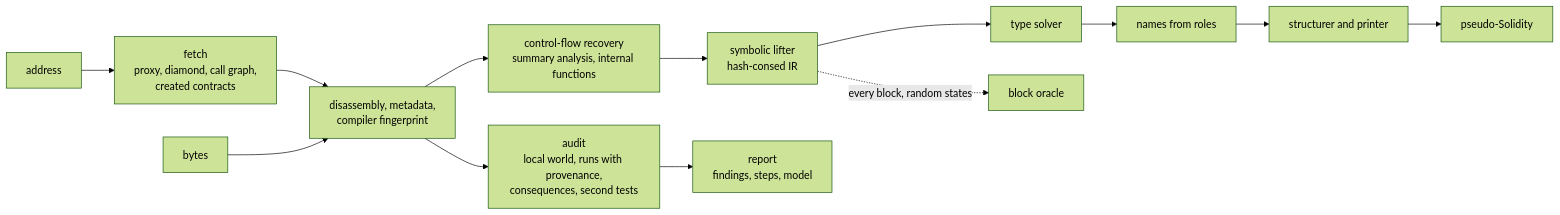
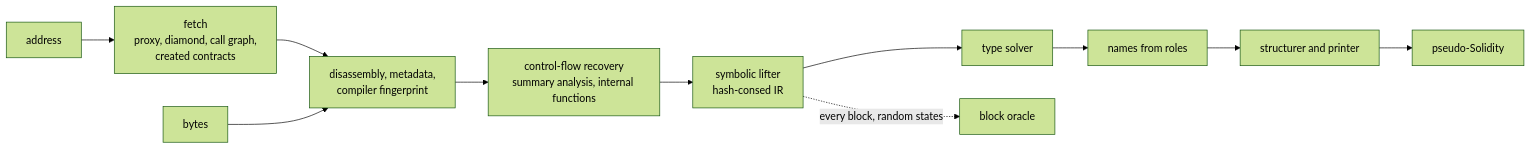
One commit to rink3y/Evmdec changed the first of 2 diagrams in README.md. Above: the diagram before and after it, drawn with Mermaid (forest theme). The commit also changed other lines of this file and 924 other files, not shown here.

````diff
--- a/README.md
+++ b/README.md
@@ -18,15 +20,13 @@
 ```mermaid
 flowchart LR
     A0[address] --> A1[fetch<br/>proxy, diamond, call graph,<br/>created contracts]
     A1 --> B
     A[bytes] --> B[disassembly, metadata,<br/>compiler fingerprint]
     B --> C[control-flow recovery<br/>summary analysis, internal functions]
     C --> D[symbolic lifter<br/>hash-consed IR]
     D --> E[type solver]
     E --> N[names from roles]
     N --> F[structurer and printer]
     F --> G[pseudo-Solidity]
-    B --> H[audit<br/>local world, runs with provenance,<br/>consequences, second tests]
-    H --> J[report<br/>findings, steps, model]
     D -. every block, random states .-> K[block oracle]
 ```
````
